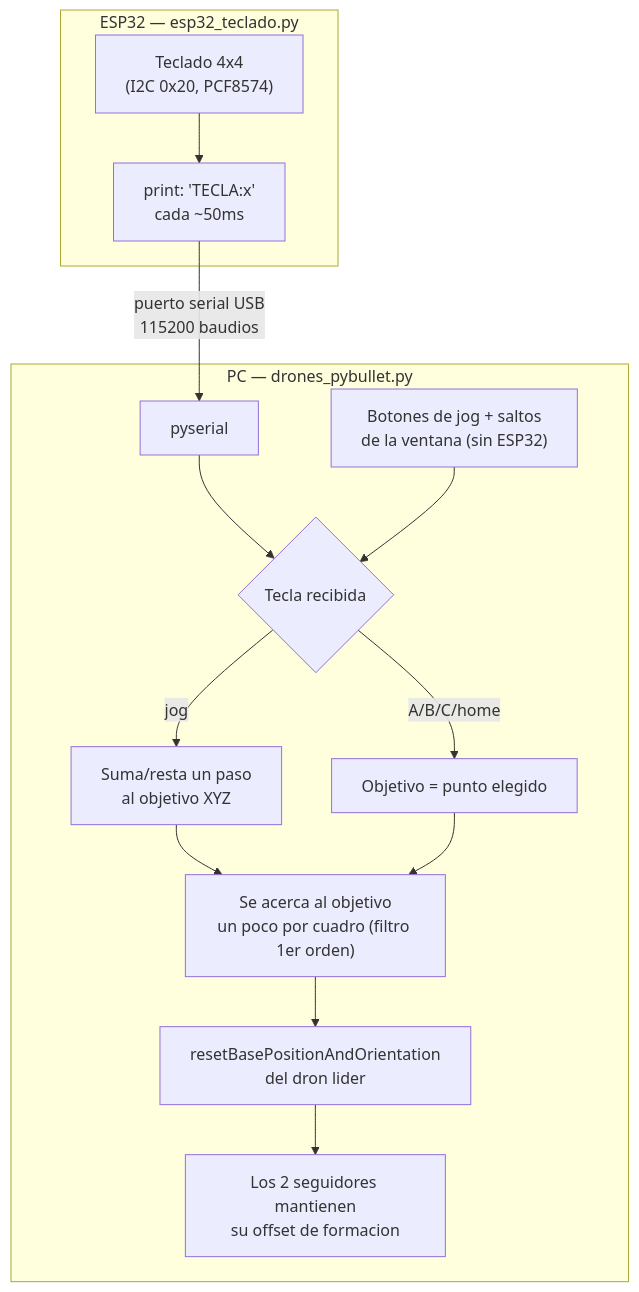
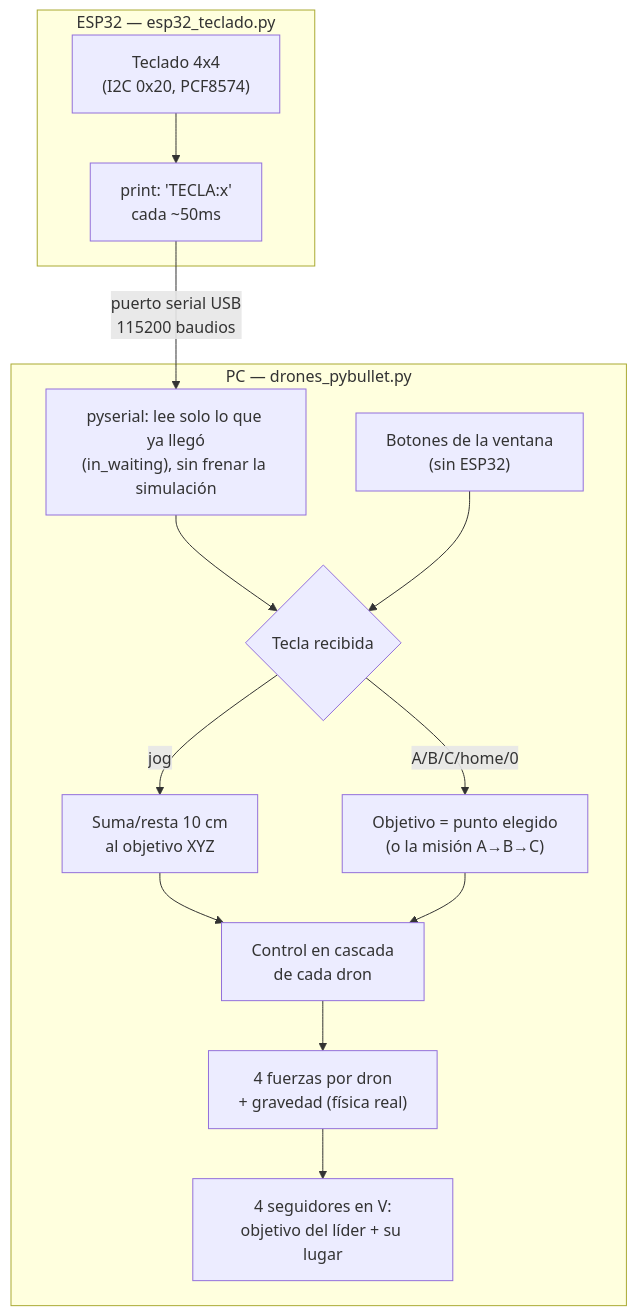
One commit to Dathinel/Sensores-Teoria changed the second of 2 diagrams in 9-taller-segundo-corte/punto-a-drones-waypoints/README.md. Above: the diagram before and after it, drawn with Mermaid. The commit also changed other lines of this file and 72 other files, not shown here.

````diff
--- a/9-taller-segundo-corte/punto-a-drones-waypoints/README.md
+++ b/9-taller-segundo-corte/punto-a-drones-waypoints/README.md
@@ -28,19 +52,19 @@
 ```mermaid
 flowchart TD
     subgraph ESP["ESP32 — esp32_teclado.py"]
         Teclado["Teclado 4x4<br/>(I2C 0x20, PCF8574)"] --> Envia["print: 'TECLA:x'<br/>cada ~50ms"]
     end
 
     Envia -->|"puerto serial USB<br/>115200 baudios"| Recibe
 
     subgraph PC["PC — drones_pybullet.py"]
-        Recibe["pyserial"] --> Interpreta{"Tecla recibida"}
-        Botones["Botones de jog + saltos<br/>de la ventana (sin ESP32)"] --> Interpreta
-        Interpreta -->|"jog"| Objetivo["Suma/resta un paso<br/>al objetivo XYZ"]
-        Interpreta -->|"A/B/C/home"| ObjetivoDirecto["Objetivo = punto elegido"]
-        Objetivo --> Suaviza["Se acerca al objetivo<br/>un poco por cuadro (filtro 1er orden)"]
-        ObjetivoDirecto --> Suaviza
-        Suaviza --> Mueve["resetBasePositionAndOrientation<br/>del dron lider"]
-        Mueve --> Seguidores["Los 2 seguidores mantienen<br/>su offset de formacion"]
+        Recibe["pyserial: lee solo lo que ya llegó<br/>(in_waiting), sin frenar la simulación"] --> Interpreta{"Tecla recibida"}
+        Botones["Botones de la ventana<br/>(sin ESP32)"] --> Interpreta
+        Interpreta -->|"jog"| Objetivo["Suma/resta 10 cm<br/>al objetivo XYZ"]
+        Interpreta -->|"A/B/C/home/0"| ObjetivoDirecto["Objetivo = punto elegido<br/>(o la misión A→B→C)"]
+        Objetivo --> Control["Control en cascada<br/>de cada dron"]
+        ObjetivoDirecto --> Control
+        Control --> Motores["4 fuerzas por dron<br/>+ gravedad (física real)"]
+        Motores --> Seguidores["4 seguidores en V:<br/>objetivo del líder + su lugar"]
     end
 ```
````
